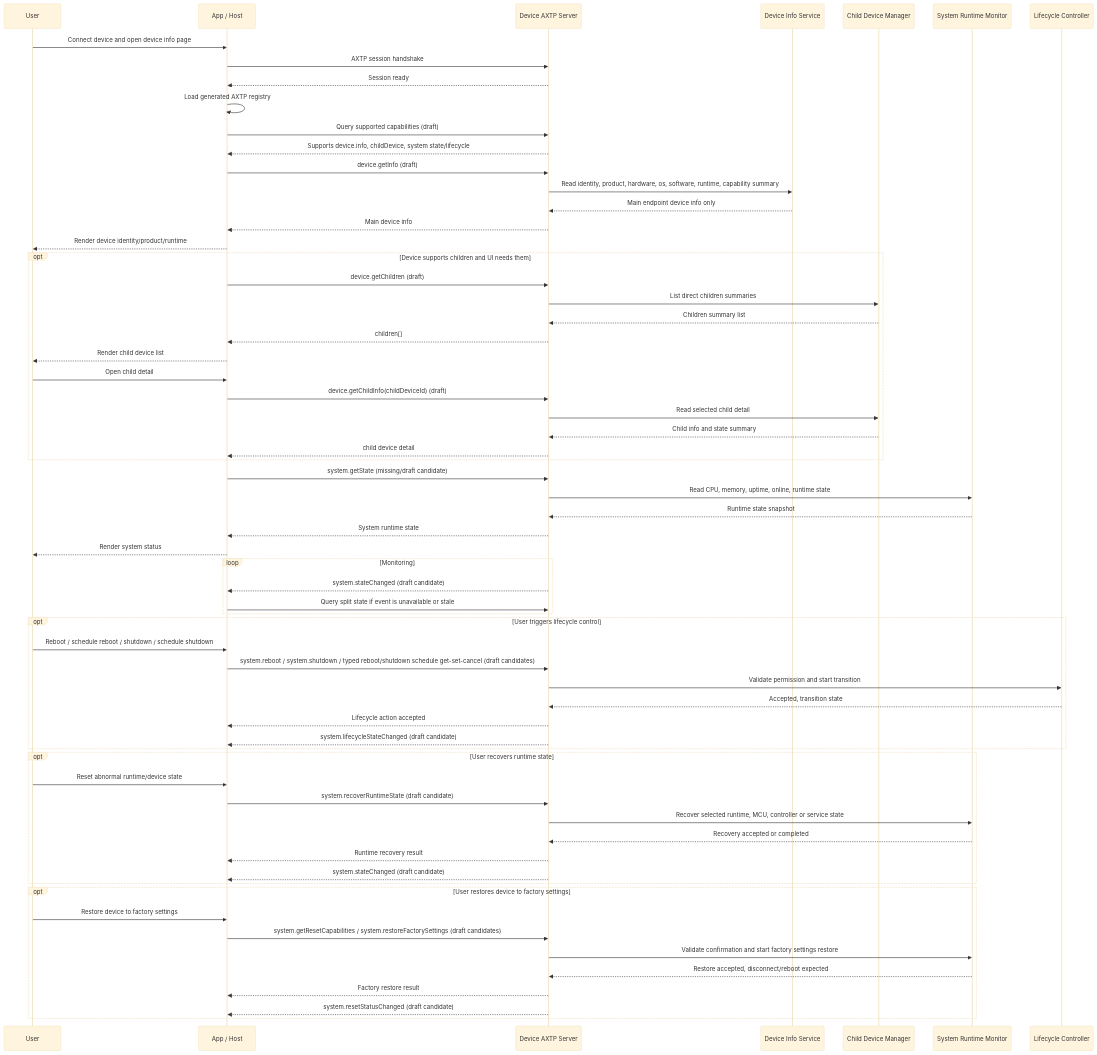
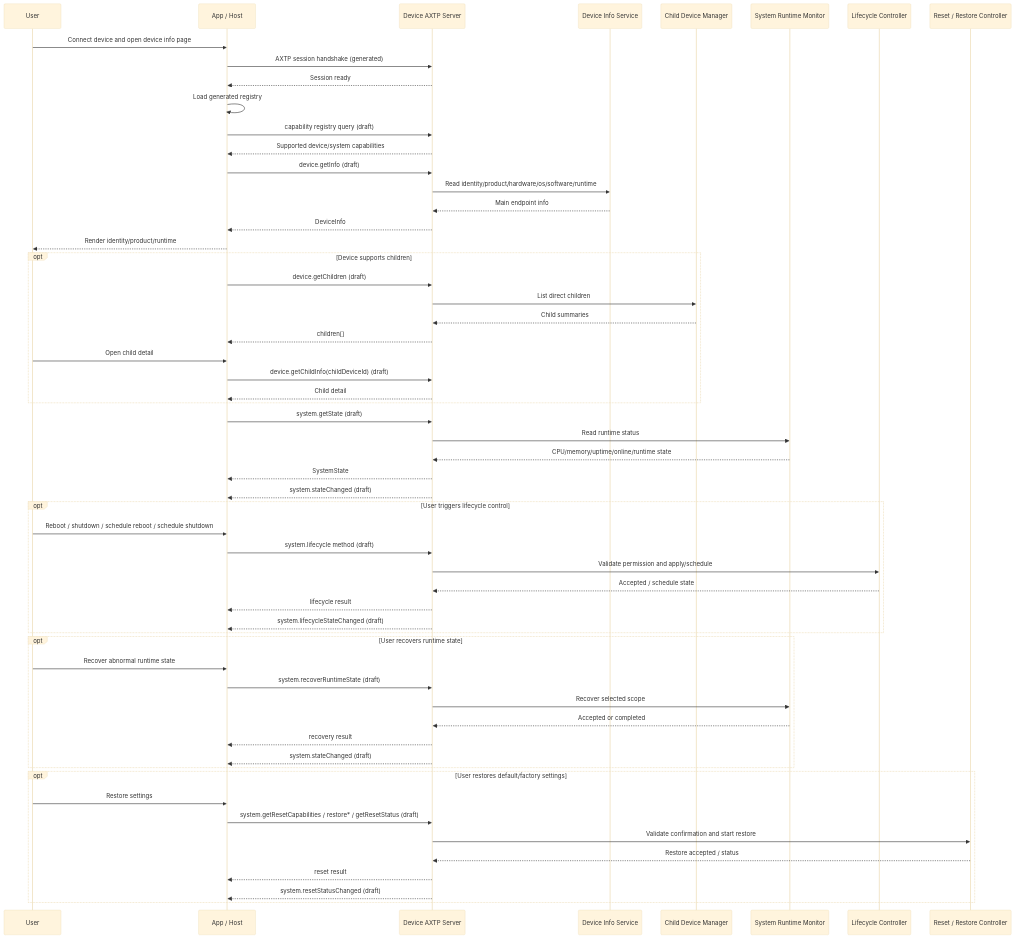
One commit to Mostorm-Labs/axtp changed the diagram in docs/flows/device-system-info.md. Above: the diagram before and after it, drawn with Mermaid (base theme). The commit also changed other lines of this file and 10 other files, not shown here.

Commit message:
docs: update protocol draft and flow templates

````diff
--- a/docs/flows/device-system-info.md
+++ b/docs/flows/device-system-info.md
@@ -97,75 +150,67 @@
 ```mermaid
 sequenceDiagram
     participant User
     participant App as App / Host
     participant Device as Device AXTP Server
     participant Info as Device Info Service
     participant Child as Child Device Manager
     participant System as System Runtime Monitor
     participant Life as Lifecycle Controller
+    participant Reset as Reset / Restore Controller
 
     User->>App: Connect device and open device info page
-    App->>Device: AXTP session handshake
+    App->>Device: AXTP session handshake (generated)
     Device-->>App: Session ready
-    App->>App: Load generated AXTP registry
-    App->>Device: Query supported capabilities (draft)
-    Device-->>App: Supports device.info, childDevice, system state/lifecycle
+    App->>App: Load generated registry
+    App->>Device: capability registry query (draft)
+    Device-->>App: Supported device/system capabilities
 
     App->>Device: device.getInfo (draft)
-    Device->>Info: Read identity, product, hardware, os, software, runtime, capability summary
-    Info-->>Device: Main endpoint device info only
-    Device-->>App: Main device info
-    App-->>User: Render device identity/product/runtime
+    Device->>Info: Read identity/product/hardware/os/software/runtime
+    Info-->>Device: Main endpoint info
+    Device-->>App: DeviceInfo
+    App-->>User: Render identity/product/runtime
 
-    opt Device supports children and UI needs them
+    opt Device supports children
         App->>Device: device.getChildren (draft)
-        Device->>Child: List direct children summaries
-        Child-->>Device: Children summary list
+        Device->>Child: List direct children
+        Child-->>Device: Child summaries
         Device-->>App: children[]
-        App-->>User: Render child device list
-
         User->>App: Open child detail
         App->>Device: device.getChildInfo(childDeviceId) (draft)
-        Device->>Child: Read selected child detail
-        Child-->>Device: Child info and state summary
-        Device-->>App: child device detail
+        Device-->>App: Child detail
     end
 
-    App->>Device: system.getState (missing/draft candidate)
-    Device->>System: Read CPU, memory, uptime, online, runtime state
-    System-->>Device: Runtime state snapshot
-    Device-->>App: System runtime state
-    App-->>User: Render system status
-
-    loop Monitoring
-        Device-->>App: system.stateChanged (draft candidate)
-        App->>Device: Query split state if event is unavailable or stale
-    end
+    App->>Device: system.getState (draft)
+    Device->>System: Read runtime status
+    System-->>Device: CPU/memory/uptime/online/runtime state
+    Device-->>App: SystemState
+    Device-->>App: system.stateChanged (draft)
 
     opt User triggers lifecycle control
-        User->>App: Reboot / schedule reboot / shutdown / schedule shutdown
-        App->>Device: system.reboot / system.shutdown / typed reboot/shutdown schedule get-set-cancel (draft candidates)
-        Device->>Life: Validate permission and start transition
-        Life-->>Device: Accepted, transition state
-        Device-->>App: Lifecycle action accepted
-        Device-->>App: system.lifecycleStateChanged (draft candidate)
+        User->>App: Reboot / shutdown / schedule reboot / schedule shutdown
+        App->>Device: system.lifecycle method (draft)
+        Device->>Life: Validate permission and apply/schedule
+        Life-->>Device: Accepted / schedule state
+        Device-->>App: lifecycle result
+        Device-->>App: system.lifecycleStateChanged (draft)
     end
 
     opt User recovers runtime state
-        User->>App: Reset abnormal runtime/device state
-        App->>Device: system.recoverRuntimeState (draft candidate)
-        Device->>System: Recover selected runtime, MCU, controller or service state
-        System-->>Device: Recovery accepted or completed
-        Device-->>App: Runtime recovery result
-        Device-->>App: system.stateChanged (draft candidate)
+        User->>App: Recover abnormal runtime state
+        App->>Device: system.recoverRuntimeState (draft)
+        Device->>System: Recover selected scope
+        System-->>Device: Accepted or completed
+        Device-->>App: recovery result
+        Device-->>App: system.stateChanged (draft)
     end
 
-    opt User restores device to factory settings
-        User->>App: Restore device to factory settings
-        App->>Device: system.getResetCapabilities / system.restoreFactorySettings (draft candidates)
-        Device->>System: Validate confirmation and start factory settings restore
-        System-->>Device: Restore accepted, disconnect/reboot expected
-        Device-->>App: Factory restore result
-        Device-->>App: system.resetStatusChanged (draft candidate)
+    opt User restores default/factory settings
+        User->>App: Restore settings
+        App->>Device: system.getResetCapabilities / restore* / getResetStatus (draft)
+        Device->>Reset: Validate confirmation and start restore
+        Reset-->>Device: Restore accepted / status
+        Device-->>App: reset result
+        Device-->>App: system.resetStatusChanged (draft)
     end
 ```
````
